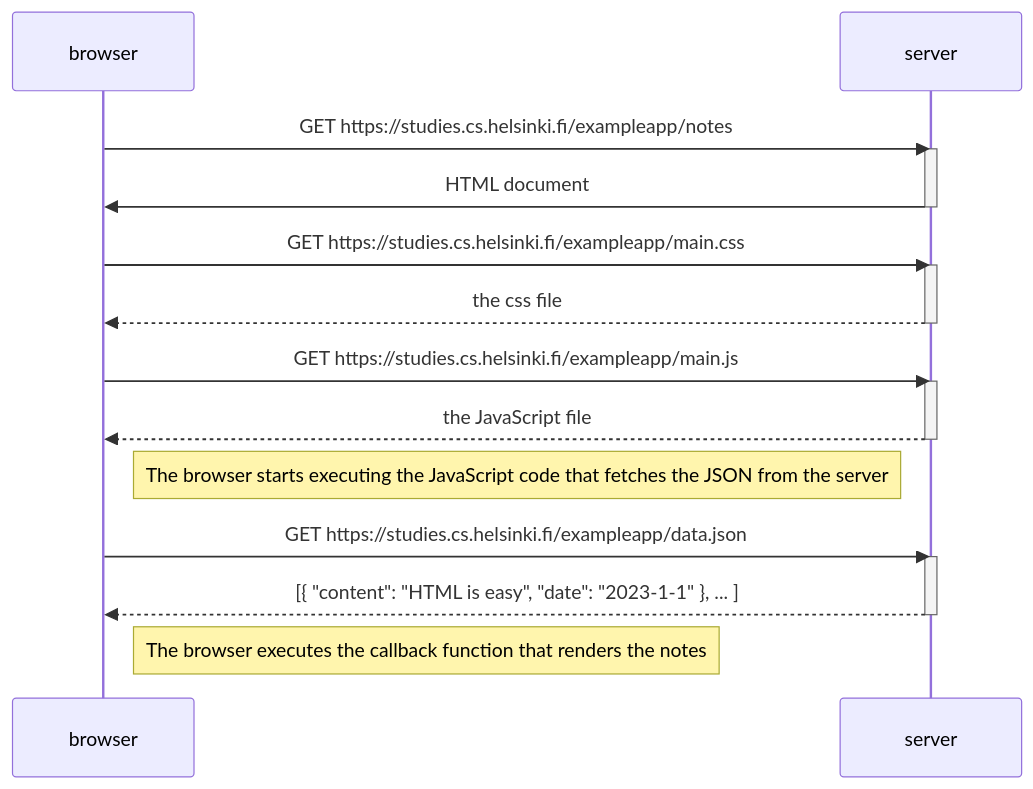
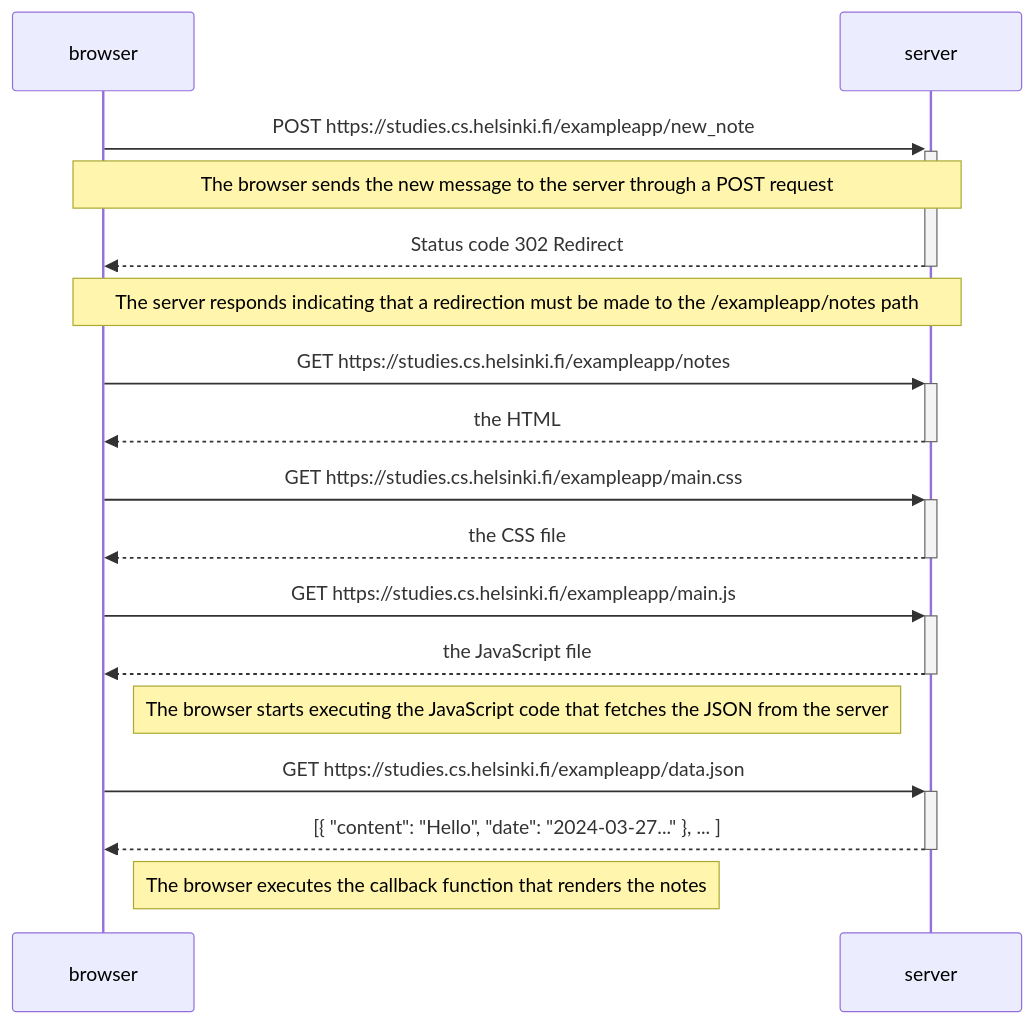
Before and after one commit to dagamdev/fullstackopen-course: the diagram in part0/0.4/README.md, drawn with Mermaid. The commit also changed other lines of this file, not shown here.

Commit message:
Finish 0.4 exercise of the part 0

````diff
--- a/part0/0.4/README.md
+++ b/part0/0.4/README.md
@@ -1,29 +13,27 @@
 ```mermaid
 sequenceDiagram
 participant browser
 participant server
 
-browser->>server: GET https://studies.cs.helsinki.fi/exampleapp/notes
-activate server
-server->>browser: HTML document
-deactivate server
+browser->>+server: POST https://studies.cs.helsinki.fi/exampleapp/new_note
+Note over browser, server: The browser sends the new message to the server through a POST request
 
-browser->>server: GET https://studies.cs.helsinki.fi/exampleapp/main.css
-activate server
-server-->>browser: the css file
-deactivate server
+server-->>-browser: Status code 302 Redirect
+Note over browser, server: The server responds indicating that a redirection must be made to the /exampleapp/notes path
 
-browser->>server: GET https://studies.cs.helsinki.fi/exampleapp/main.js
-activate server
-server-->>browser: the JavaScript file
-deactivate server
+browser->>+server: GET https://studies.cs.helsinki.fi/exampleapp/notes
+server-->>-browser: the HTML
+
+browser->>+server: GET https://studies.cs.helsinki.fi/exampleapp/main.css
+server-->>-browser: the CSS file
+
+browser->>+server: GET https://studies.cs.helsinki.fi/exampleapp/main.js
+server-->>-browser: the JavaScript file
 
 Note right of browser: The browser starts executing the JavaScript code that fetches the JSON from the server
 
-browser->>server: GET https://studies.cs.helsinki.fi/exampleapp/data.json
-activate server
-server-->>browser: [{ "content": "HTML is easy", "date": "2023-1-1" }, ... ]
-deactivate server
+browser->>+server: GET https://studies.cs.helsinki.fi/exampleapp/data.json
+server-->>-browser: [{ "content": "Hello", "date": "2024-03-27..." }, ... ]
 
 Note right of browser: The browser executes the callback function that renders the notes
 ```
````
